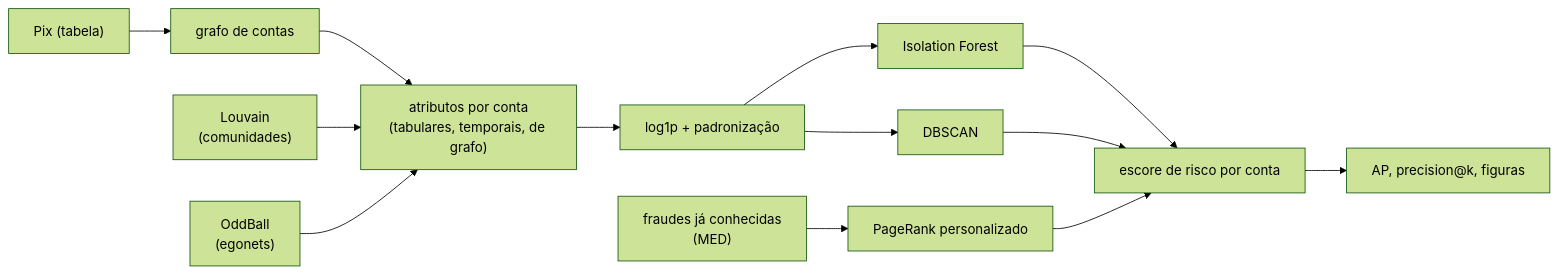
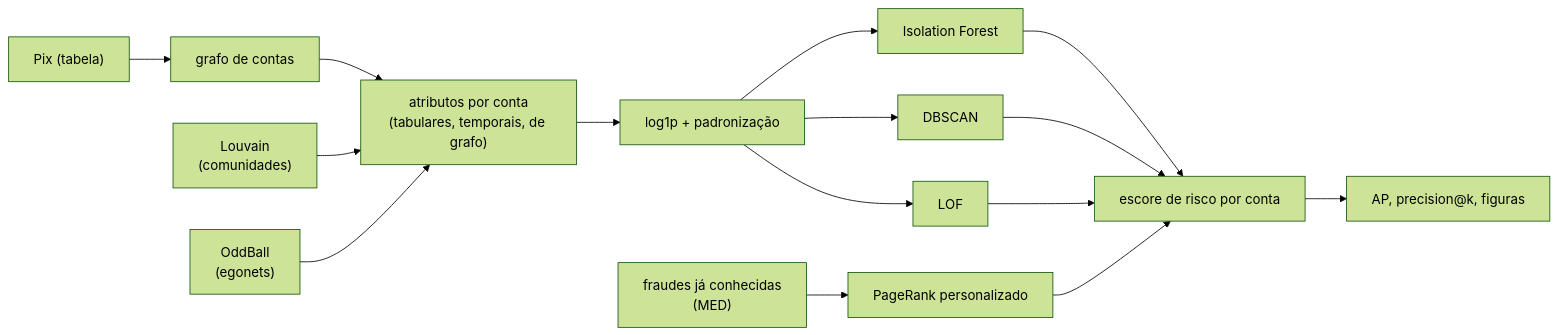
The diagram in docs/modelos.md (gblsun/deteccao-fraudes-pix-grafos), drawn with Mermaid (forest theme) before and after one commit. The commit also changed other lines of this file and 18 other files, not shown here.

````diff
--- a/docs/modelos.md
+++ b/docs/modelos.md
@@ -17,15 +21,17 @@
 ```mermaid
 flowchart LR
     tx["Pix (tabela)"] --> grafo["grafo de contas"]
     grafo --> atributos["atributos por conta<br/>(tabulares, temporais, de grafo)"]
     louvain["Louvain<br/>(comunidades)"] --> atributos
     oddball["OddBall<br/>(egonets)"] --> atributos
     atributos --> escala["log1p + padronização"]
     escala --> iforest["Isolation Forest"]
     escala --> dbscan["DBSCAN"]
+    escala --> lof["LOF"]
     iforest --> escore["escore de risco por conta"]
     dbscan --> escore
+    lof --> escore
     escore --> metricas["AP, precision@k, figuras"]
     contestacoes["fraudes já conhecidas<br/>(MED)"] --> propagacao["PageRank personalizado"]
     propagacao --> escore
 ```
````
